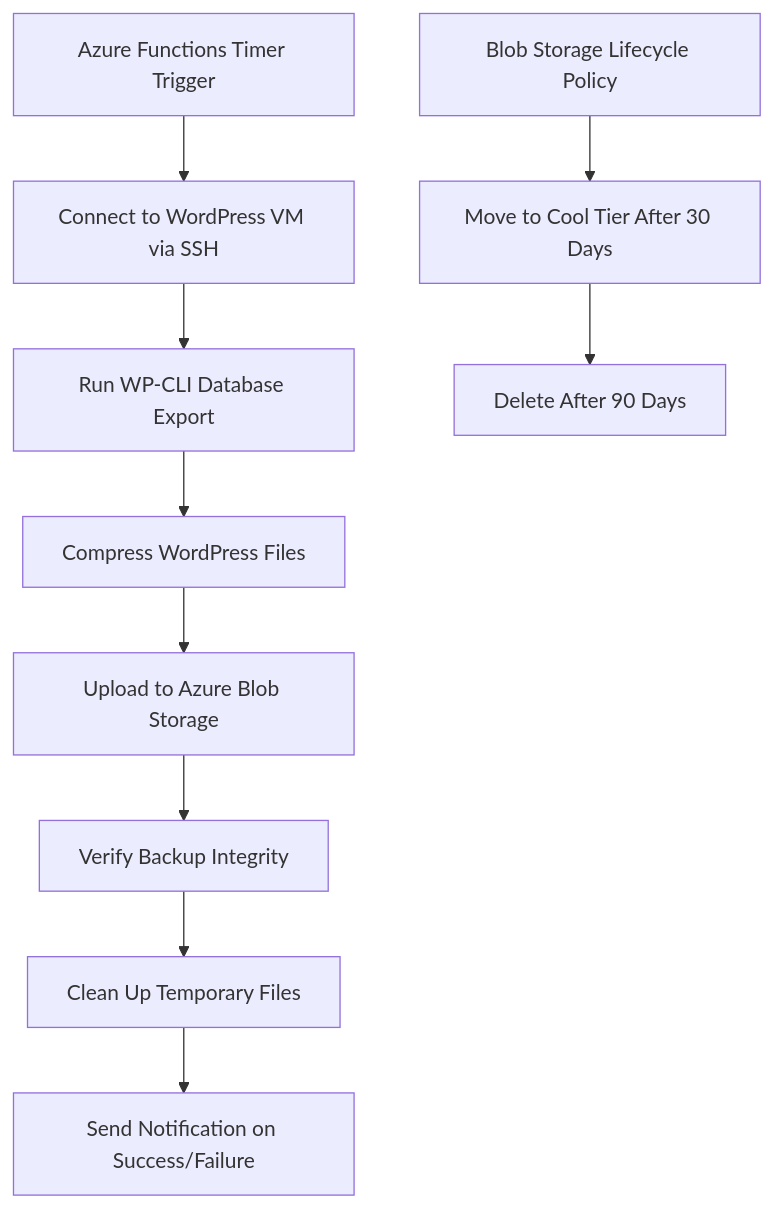
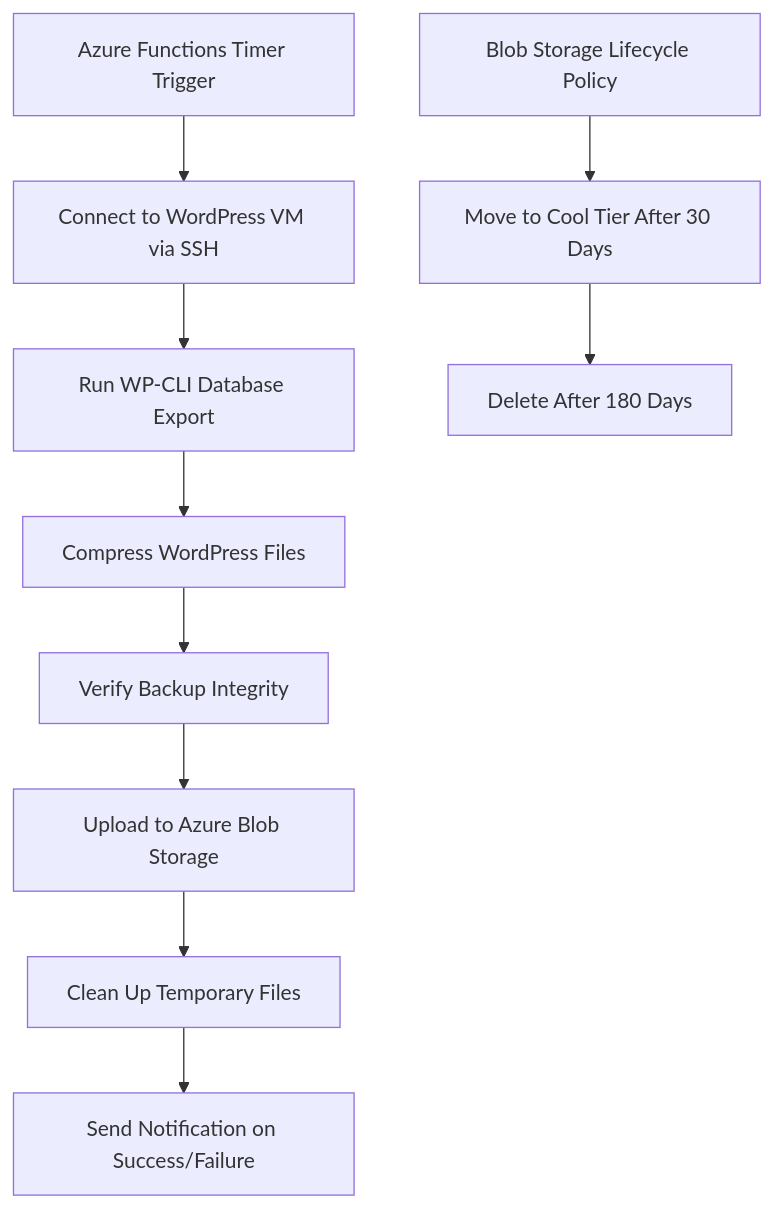
Before and after one commit to OneUptime/blog: the diagram in posts/2026-02-16-automate-wordpress-backups-azure-blob-storage-functions-wpcli/README.md, drawn with Mermaid. The commit also changed other lines of this file and 2 other files, not shown here.

Commit message:
validate: 2026-02-16-automate-wordpress-backups-azure-blob-storage-functions-wpcli

````diff
--- a/posts/2026-02-16-automate-wordpress-backups-azure-blob-storage-functions-wpcli/README.md
+++ b/posts/2026-02-16-automate-wordpress-backups-azure-blob-storage-functions-wpcli/README.md
@@ -19,13 +19,13 @@
 ```mermaid
 flowchart TD
     A[Azure Functions Timer Trigger] --> B[Connect to WordPress VM via SSH]
     B --> C[Run WP-CLI Database Export]
     C --> D[Compress WordPress Files]
-    D --> E[Upload to Azure Blob Storage]
-    E --> F[Verify Backup Integrity]
+    D --> E[Verify Backup Integrity]
+    E --> F[Upload to Azure Blob Storage]
     F --> G[Clean Up Temporary Files]
     G --> H[Send Notification on Success/Failure]
 
     I[Blob Storage Lifecycle Policy] --> J[Move to Cool Tier After 30 Days]
-    J --> K[Delete After 90 Days]
+    J --> K[Delete After 180 Days]
 ```
````
